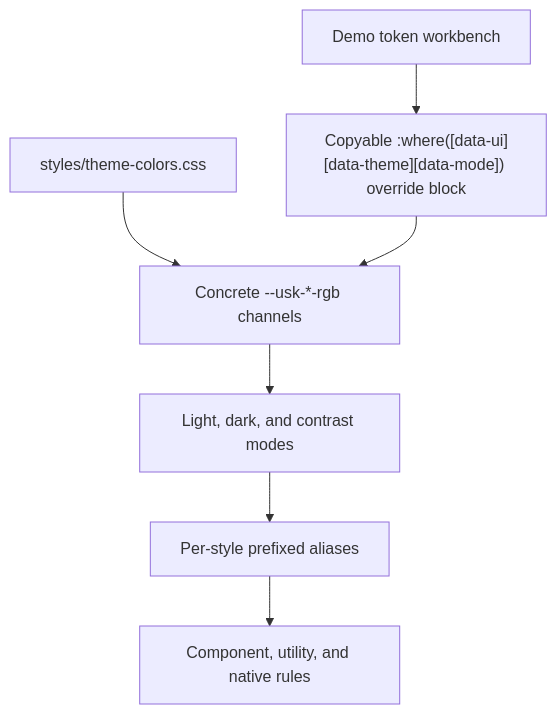
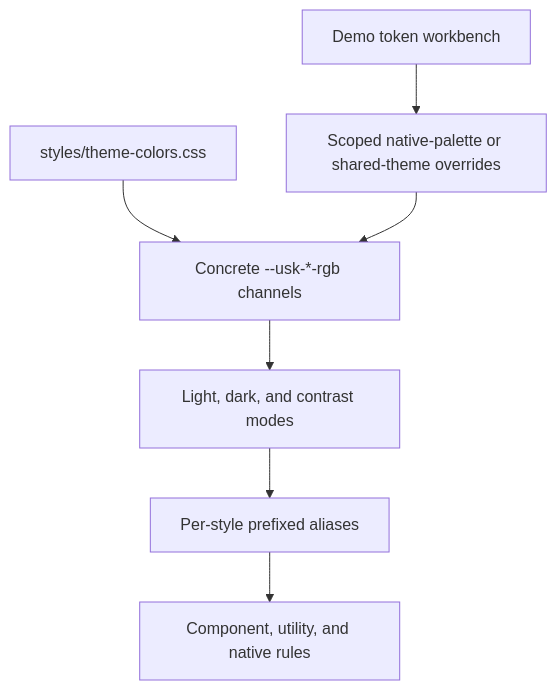
One commit to Foscat/ui-style-kit-css changed the second of 2 diagrams in README.md. Above: the diagram before and after it, drawn with Mermaid. The commit also changed other lines of this file and 393 other files, not shown here.

````diff
--- a/README.md
+++ b/README.md
@@ -35,9 +37,9 @@
 ```mermaid
 flowchart TB
   Theme["styles/theme-colors.css"] --> Rgb["Concrete --usk-*-rgb channels"]
   Rgb --> Modes["Light, dark, and contrast modes"]
   Modes --> Prefixes["Per-style prefixed aliases"]
   Prefixes --> Rules["Component, utility, and native rules"]
-  Demo["Demo token workbench"] --> Overrides["Copyable :where([data-ui][data-theme][data-mode]) override block"]
+  Demo["Demo token workbench"] --> Overrides["Scoped native-palette or shared-theme overrides"]
   Overrides --> Rgb
 ```
````
